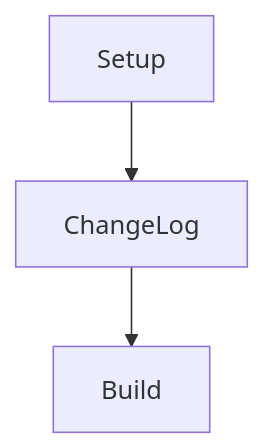
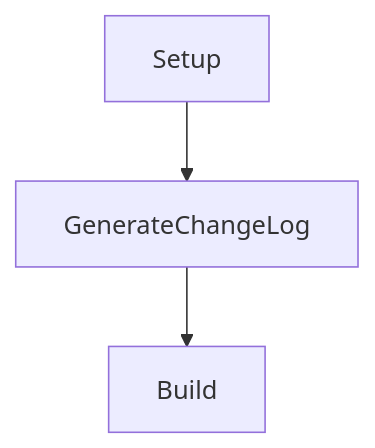
Before and after one commit to The-Running-Dev/Docker-BuildAgent: the first of 4 diagrams in documentation/docs/targets.md, drawn with Mermaid. The commit also changed other lines of this file and 80 other files, not shown here.

````diff
--- a/documentation/docs/targets.md
+++ b/documentation/docs/targets.md
@@ -20,4 +20,4 @@
 ```mermaid
 flowchart TD
-    Setup --> ChangeLog --> Build
+    Setup --> GenerateChangeLog --> Build
 ```
````
